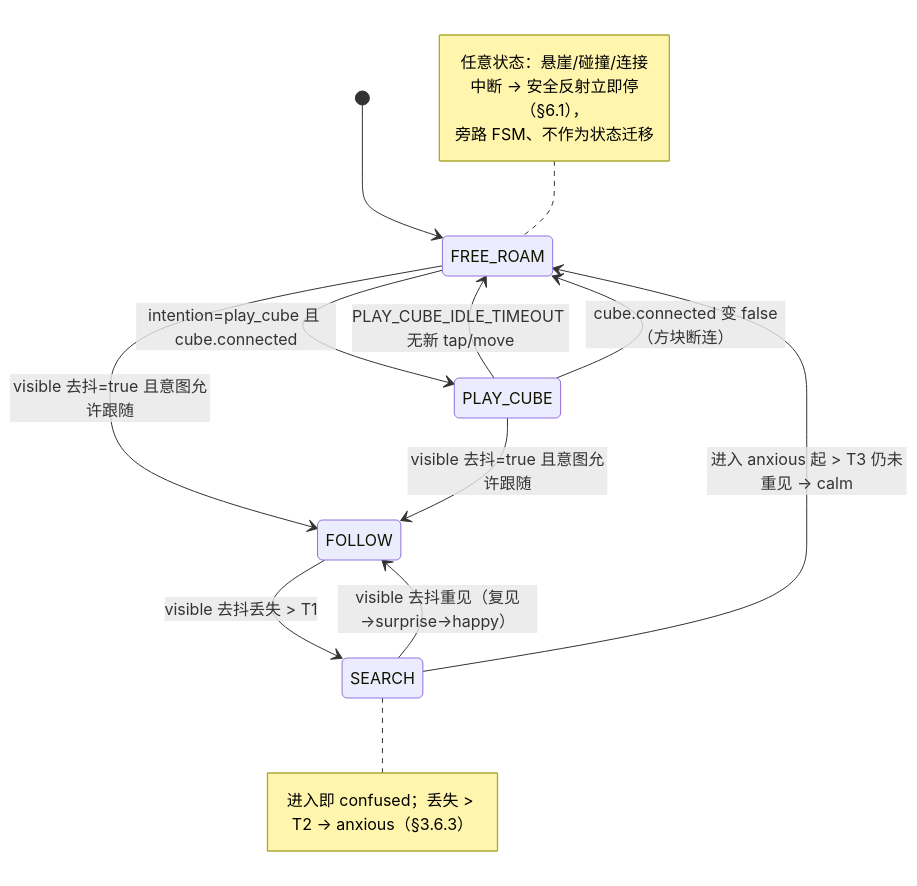
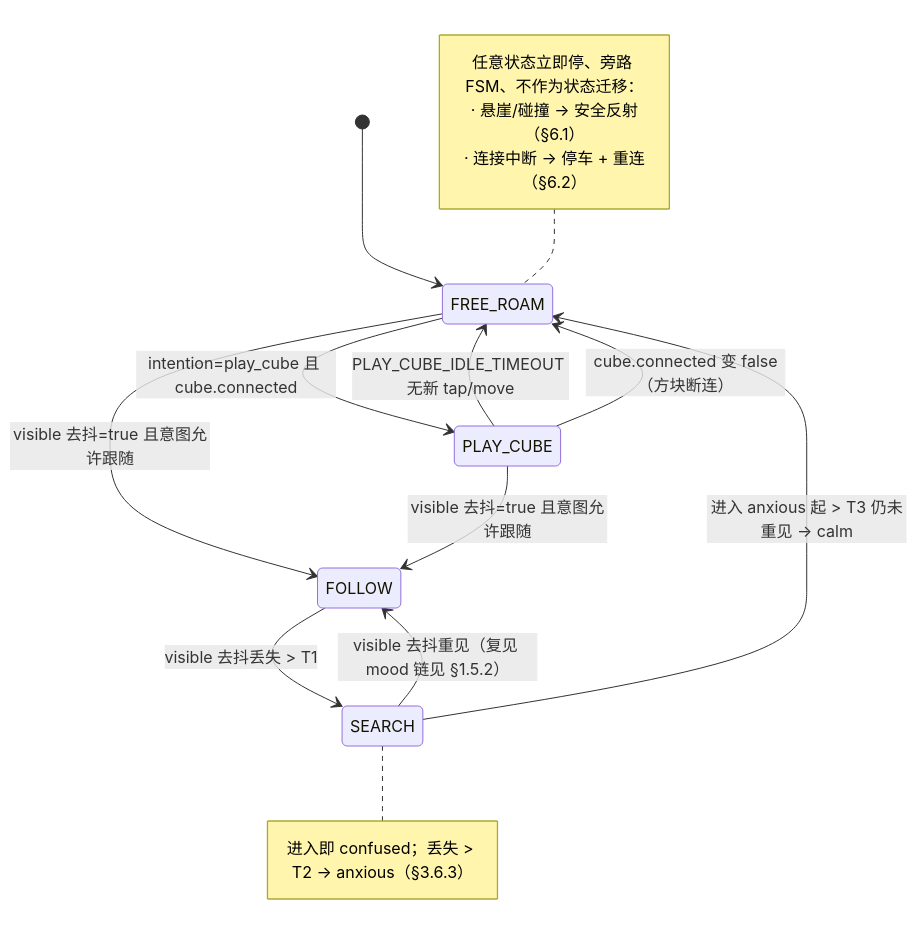
Before and after one commit to keeploading/super-baby: the sixth of 7 diagrams in docs/requirements/follow-me/follow-me-fds.md, drawn with Mermaid. The commit also changed other lines of this file, not shown here.

First line of the commit message:
docs: FDS v4.1 — 吸收 developer 对架构补图(§1.4/§1.5)的评审

````diff
--- a/docs/requirements/follow-me/follow-me-fds.md
+++ b/docs/requirements/follow-me/follow-me-fds.md
@@ -239,24 +242,25 @@
 ```mermaid
 stateDiagram-v2
     [*] --> FREE_ROAM
 
     FREE_ROAM --> PLAY_CUBE : intention=play_cube 且 cube.connected
     FREE_ROAM --> FOLLOW : visible 去抖=true 且意图允许跟随
 
     PLAY_CUBE --> FREE_ROAM : PLAY_CUBE_IDLE_TIMEOUT 无新 tap/move
     PLAY_CUBE --> FREE_ROAM : cube.connected 变 false（方块断连）
     PLAY_CUBE --> FOLLOW : visible 去抖=true 且意图允许跟随
 
     FOLLOW --> SEARCH : visible 去抖丢失 > T1
 
-    SEARCH --> FOLLOW : visible 去抖重见（复见→surprise→happy）
+    SEARCH --> FOLLOW : visible 去抖重见（复见 mood 链见 §1.5.2）
     SEARCH --> FREE_ROAM : 进入 anxious 起 > T3 仍未重见 → calm
 
     note right of SEARCH
         进入即 confused；丢失 > T2 → anxious（§3.6.3）
     end note
     note left of FREE_ROAM
-        任意状态：悬崖/碰撞/连接中断 → 安全反射立即停（§6.1），
-        旁路 FSM、不作为状态迁移
+        任意状态立即停、旁路 FSM、不作为状态迁移：
+        · 悬崖/碰撞 → 安全反射（§6.1）
+        · 连接中断 → 停车 + 重连（§6.2）
     end note
 ```
````
